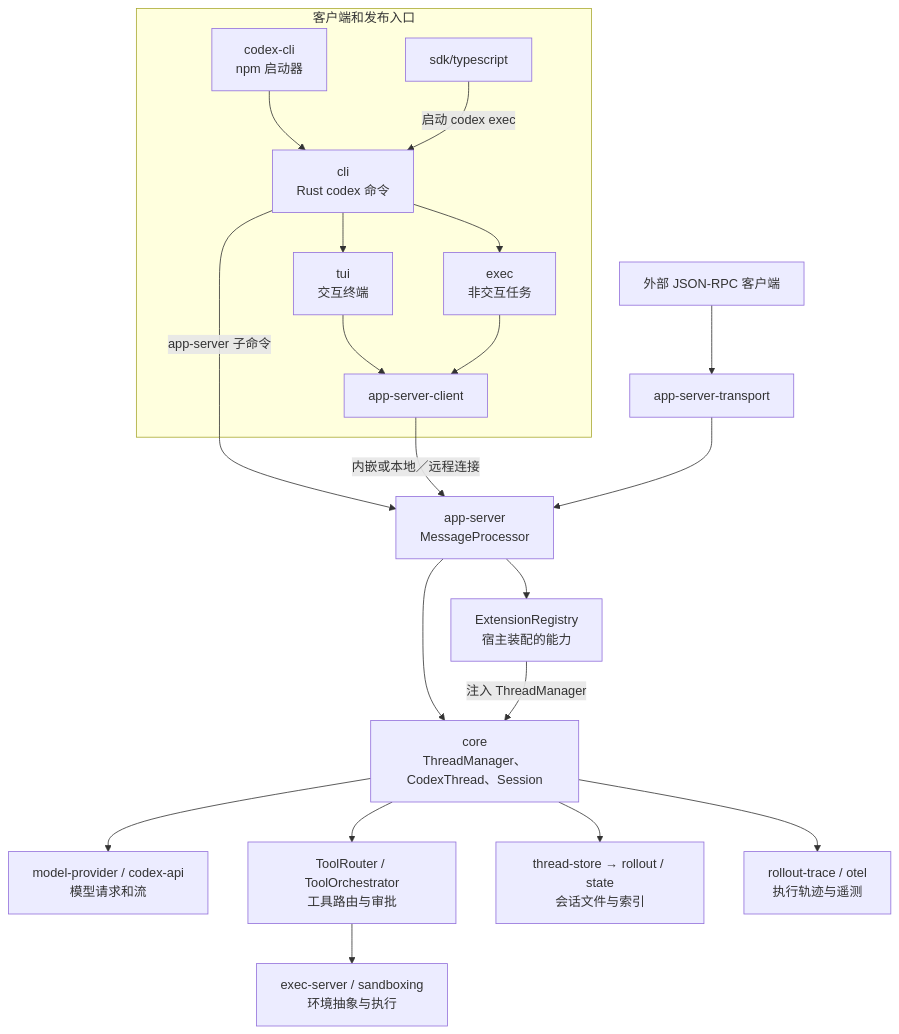
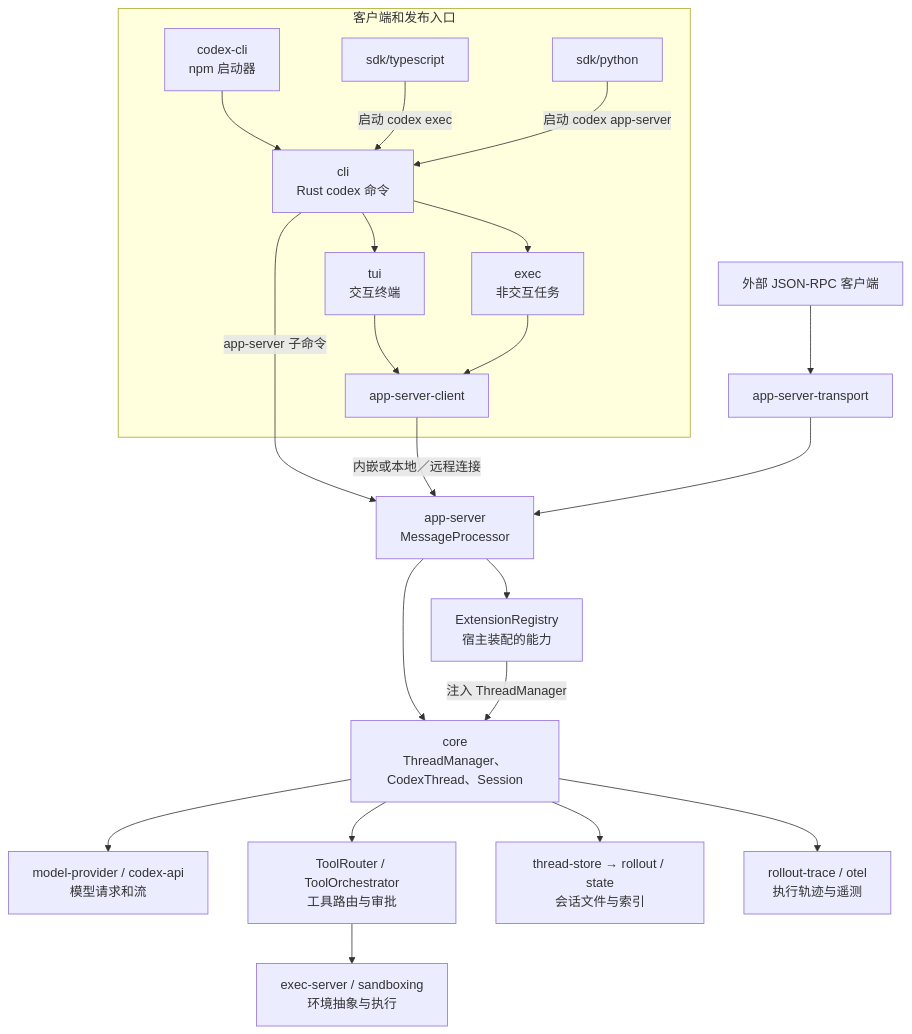
The first of 5 diagrams in wiki/architecture/module-overview.md (GLBB/codex), drawn with Mermaid before and after one commit. The commit also changed other lines of this file and 4 other files, not shown here.

````diff
--- a/wiki/architecture/module-overview.md
+++ b/wiki/architecture/module-overview.md
@@ -12,23 +12,24 @@
 ```mermaid
 graph TB
     subgraph Clients["客户端和发布入口"]
         Launcher["codex-cli<br/>npm 启动器"] --> Cli["cli<br/>Rust codex 命令"]
-        SDK["sdk/typescript"] -->|"启动 codex exec"| Cli
+        TypeScriptSDK["sdk/typescript"] -->|"启动 codex exec"| Cli
+        PythonSDK["sdk/python"] -->|"启动 codex app-server"| Cli
         Cli --> TUI["tui<br/>交互终端"]
         Cli --> Exec["exec<br/>非交互任务"]
         TUI --> Client["app-server-client"]
         Exec --> Client
     end
     Cli -->|"app-server 子命令"| Server
     IDE["外部 JSON-RPC 客户端"] --> Wire["app-server-transport"]
     Client -->|"内嵌或本地／远程连接"| Server["app-server<br/>MessageProcessor"]
     Wire --> Server
     Server --> Core["core<br/>ThreadManager、CodexThread、Session"]
     Server --> Registry["ExtensionRegistry<br/>宿主装配的能力"]
     Registry -->|"注入 ThreadManager"| Core
     Core --> Model["model-provider / codex-api<br/>模型请求和流"]
     Core --> Tools["ToolRouter / ToolOrchestrator<br/>工具路由与审批"]
     Tools --> Executor["exec-server / sandboxing<br/>环境抽象与执行"]
     Core --> Store["thread-store → rollout / state<br/>会话文件与索引"]
     Core --> Trace["rollout-trace / otel<br/>执行轨迹与遥测"]
 ```
````
